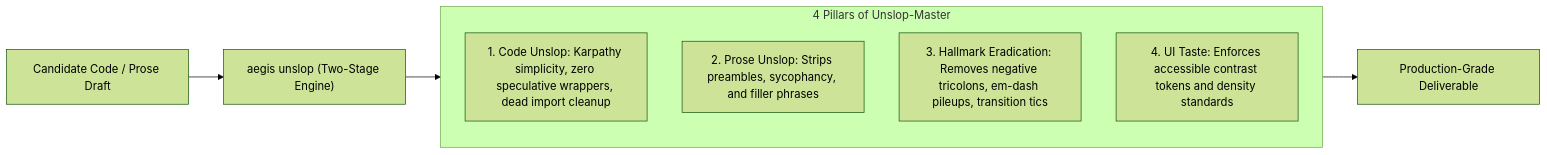
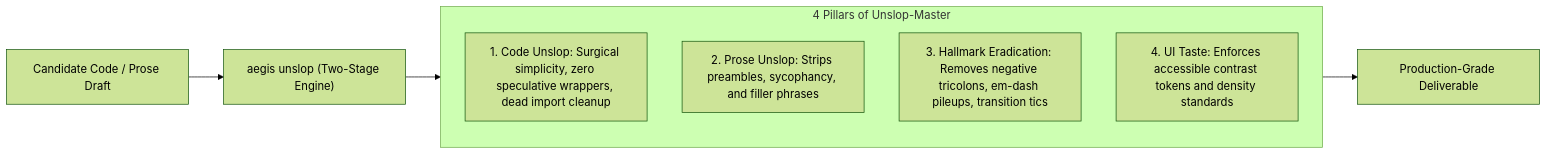
The fourth of 5 diagrams in README.md (PG300604/aegis-brain), drawn with Mermaid (forest theme) before and after one commit. The commit also changed other lines of this file and 2 other files, not shown here.

````diff
--- a/README.md
+++ b/README.md
@@ -217,13 +217,13 @@
 ```mermaid
 flowchart LR
     Input["Candidate Code / Prose Draft"] --> TwoStage["aegis unslop (Two-Stage Engine)"]
     
     subgraph Pillars ["4 Pillars of Unslop-Master"]
-        P1["1. Code Unslop: Karpathy simplicity, zero speculative wrappers, dead import cleanup"]
+        P1["1. Code Unslop: Surgical simplicity, zero speculative wrappers, dead import cleanup"]
         P2["2. Prose Unslop: Strips preambles, sycophancy, and filler phrases"]
         P3["3. Hallmark Eradication: Removes negative tricolons, em-dash pileups, transition tics"]
         P4["4. UI Taste: Enforces accessible contrast tokens and density standards"]
     end
     
     TwoStage --> Pillars --> Clean["Production-Grade Deliverable"]
 ```
````
